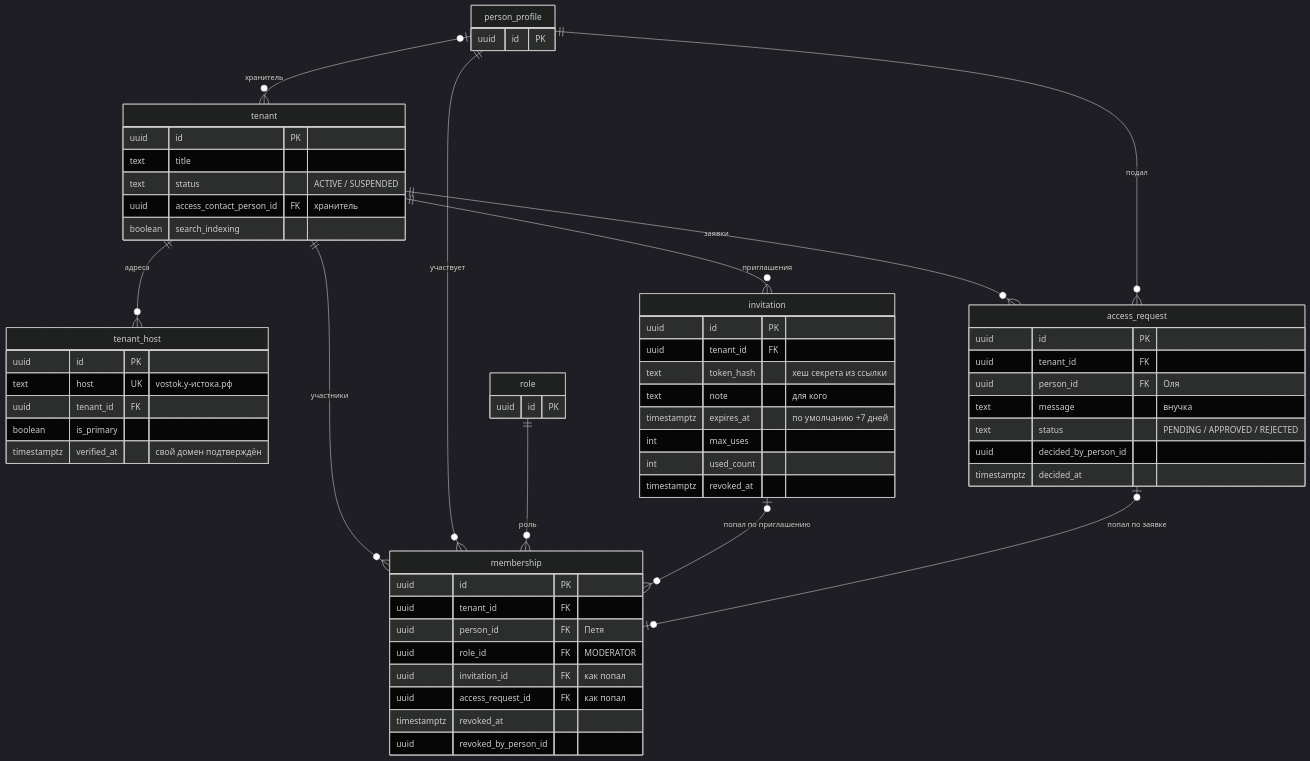
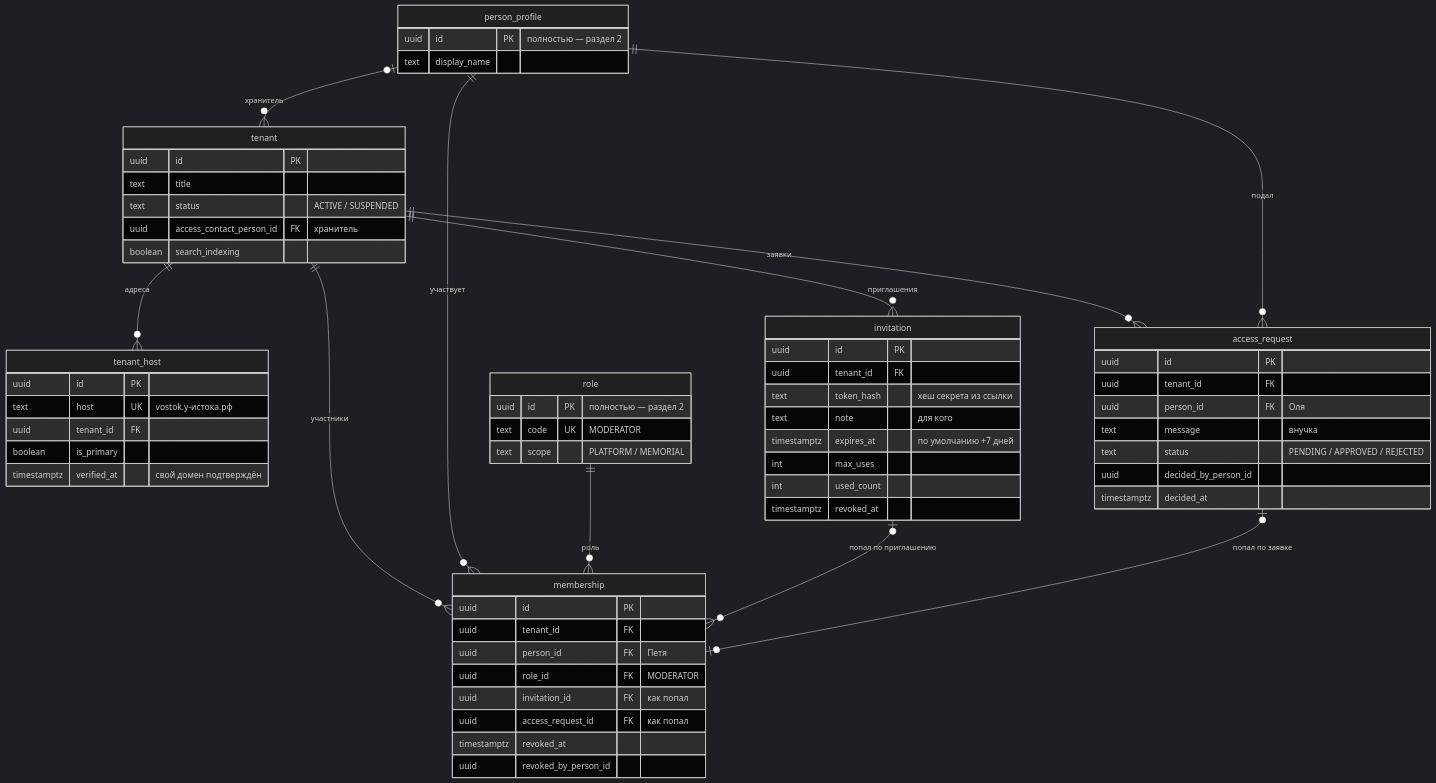
One commit to KiraKhvan/memory_docs changed the third of 4 diagrams in domain_model/Access-schema.md. Above: the diagram before and after it, drawn with Mermaid (dark theme). The commit also changed other lines of this file, not shown here.

Commit message:
Access-schema.md: show code and scope of role and permission where they are referenced

````diff
--- a/domain_model/Access-schema.md
+++ b/domain_model/Access-schema.md
@@ -116,62 +116,65 @@
 ```mermaid
 erDiagram
     tenant ||--o{ tenant_host : "адреса"
     tenant ||--o{ membership : "участники"
     person_profile ||--o{ membership : "участвует"
     role ||--o{ membership : "роль"
     tenant ||--o{ invitation : "приглашения"
     invitation |o--o{ membership : "попал по приглашению"
     tenant ||--o{ access_request : "заявки"
     person_profile ||--o{ access_request : "подал"
     access_request |o--o| membership : "попал по заявке"
     person_profile |o--o{ tenant : "хранитель"
     tenant {
         uuid id PK
         text title
         text status "ACTIVE / SUSPENDED"
         uuid access_contact_person_id FK "хранитель"
         boolean search_indexing
     }
     tenant_host {
         uuid id PK
         text host UK "vostok.у-истока.рф"
         uuid tenant_id FK
         boolean is_primary
         timestamptz verified_at "свой домен подтверждён"
     }
     membership {
         uuid id PK
         uuid tenant_id FK
         uuid person_id FK "Петя"
         uuid role_id FK "MODERATOR"
         uuid invitation_id FK "как попал"
         uuid access_request_id FK "как попал"
         timestamptz revoked_at
         uuid revoked_by_person_id
     }
     invitation {
         uuid id PK
         uuid tenant_id FK
         text token_hash "хеш секрета из ссылки"
         text note "для кого"
         timestamptz expires_at "по умолчанию +7 дней"
         int max_uses
         int used_count
         timestamptz revoked_at
     }
     access_request {
         uuid id PK
         uuid tenant_id FK
         uuid person_id FK "Оля"
         text message "внучка"
         text status "PENDING / APPROVED / REJECTED"
         uuid decided_by_person_id
         timestamptz decided_at
     }
     person_profile {
-        uuid id PK
+        uuid id PK "полностью — раздел 2"
+        text display_name
     }
     role {
-        uuid id PK
+        uuid id PK "полностью — раздел 2"
+        text code UK "MODERATOR"
+        text scope "PLATFORM / MEMORIAL"
     }
 ```
````
